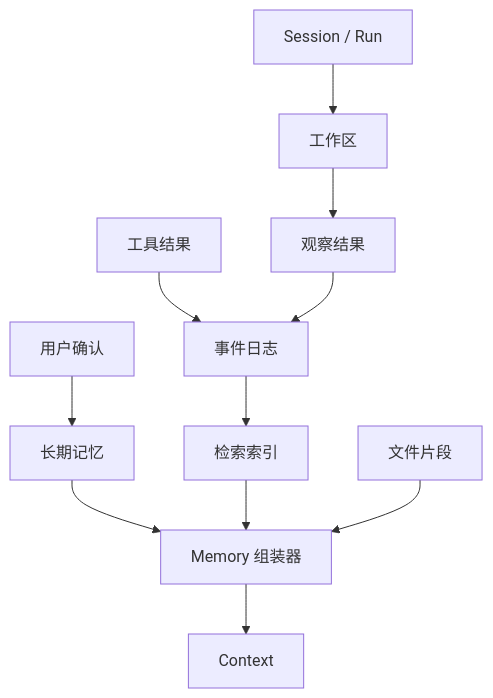
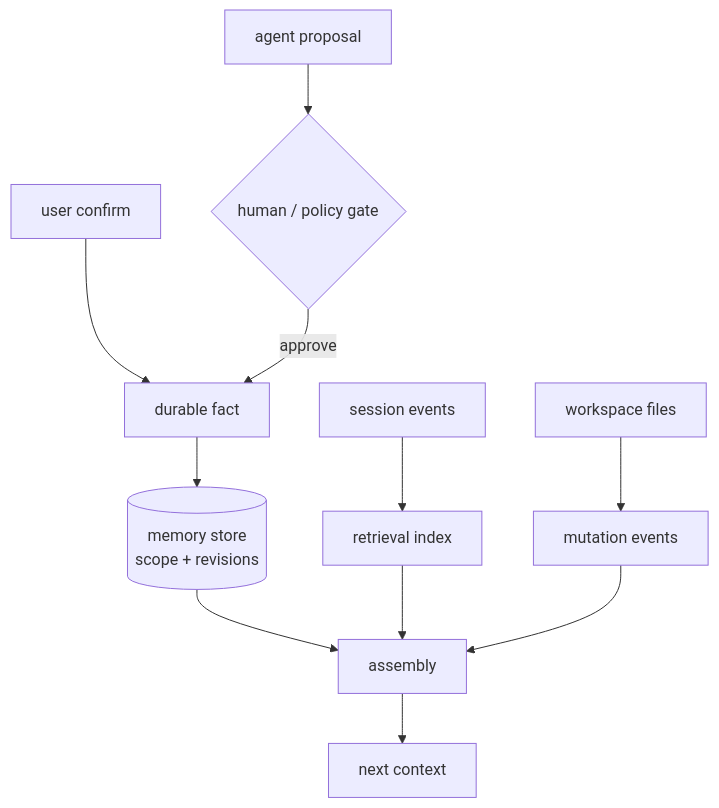
The first of 2 diagrams in tutorial/zh-CN/02-harness-mechanics/memory-workspace.md (xiaoslin9153/awesome-agent-harness-tutorial), drawn with Mermaid before and after one commit. The commit also changed other lines of this file and 3 other files, not shown here.

Commit message:
docs: rewrite memory workspace

````diff
--- a/tutorial/zh-CN/02-harness-mechanics/memory-workspace.md
+++ b/tutorial/zh-CN/02-harness-mechanics/memory-workspace.md
@@ -34,13 +60,13 @@
 ```mermaid
 flowchart TD
-  S[Session / Run] --> W[工作区]
-  U[用户确认] --> K[长期记忆]
-  T[工具结果] --> E[事件日志]
-  E --> R[检索索引]
-  K --> G[Memory 组装器]
-  R --> G
-  F[文件片段] --> G
-  G --> C[Context]
-  W --> O[观察结果]
-  O --> E
+  S[session events] --> I[retrieval index]
+  U[user confirm] --> F[durable fact]
+  A[agent proposal] --> H{human / policy gate}
+  H -- approve --> F
+  F --> R[(memory store\nscope + revisions)]
+  R --> G[assembly]
+  I --> G
+  W[workspace files] --> O[mutation events]
+  O --> G
+  G --> C[next context]
 ```
````
